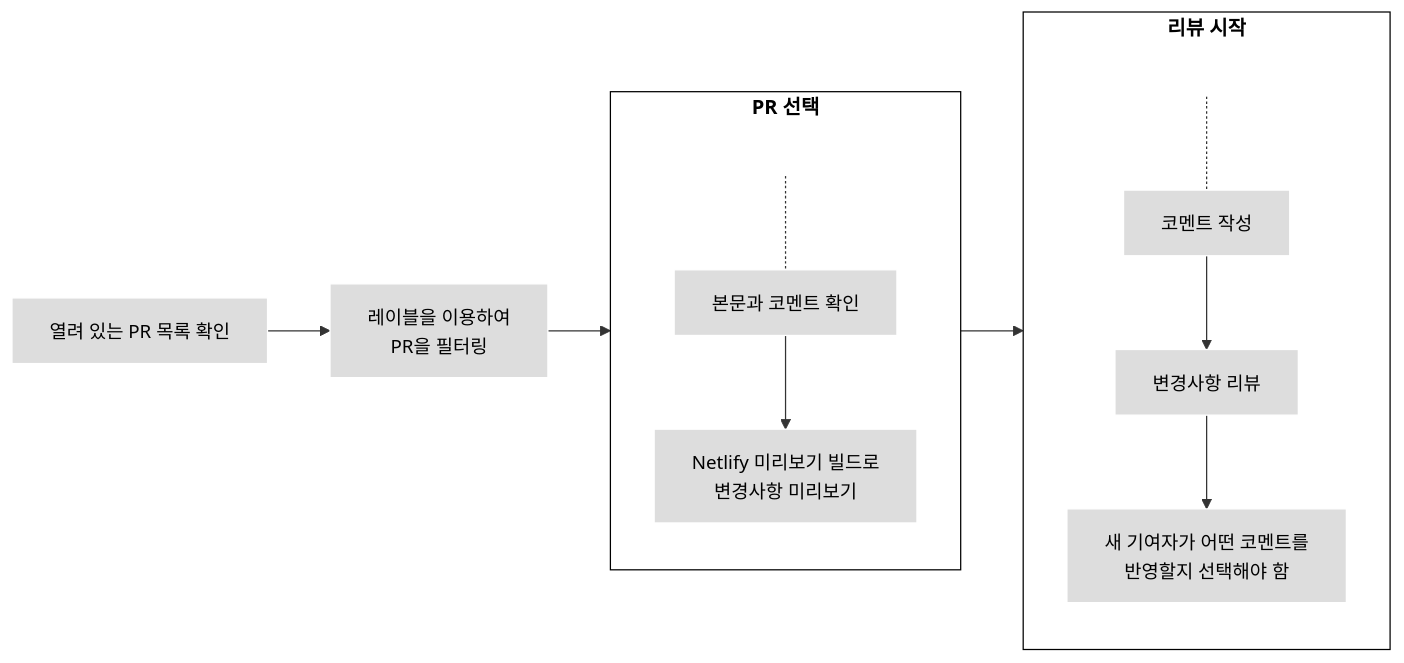
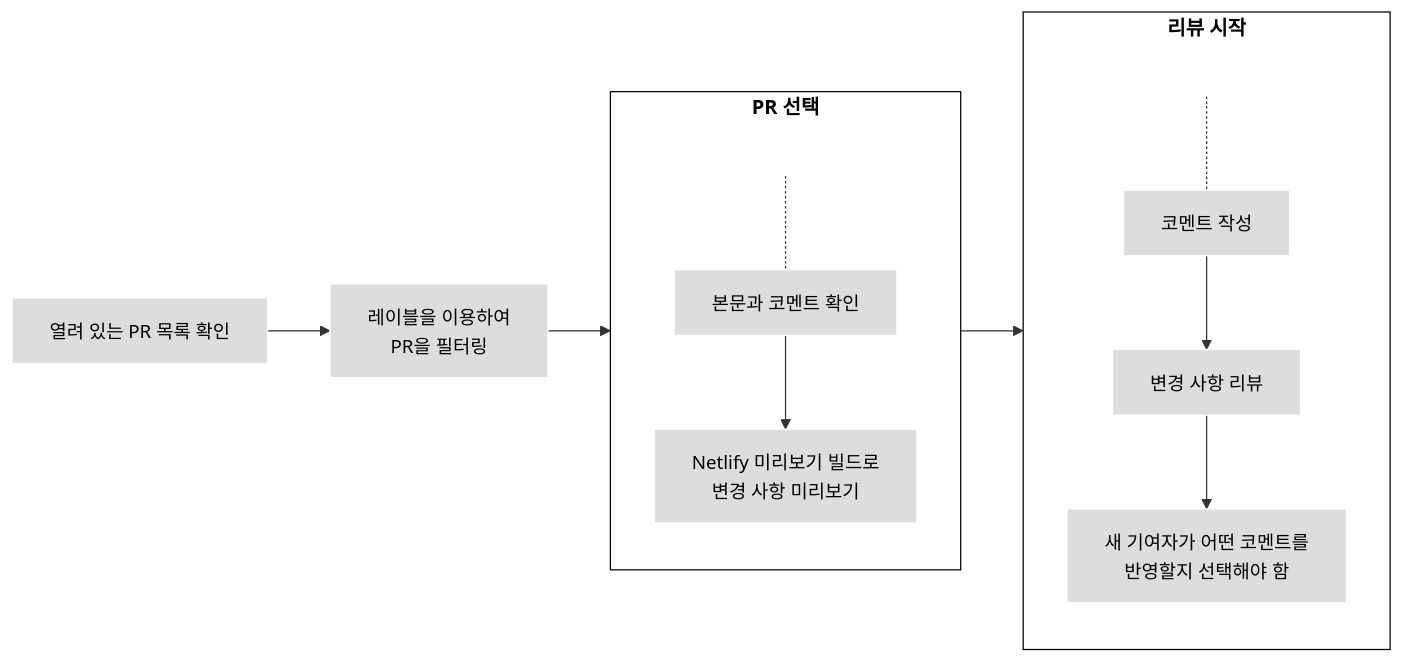
The diagram in content/ko/docs/contribute/review/reviewing-prs.md (kubernetes/website), drawn with Mermaid before and after one commit. The commit also changed other lines of this file, not shown here.

```diff
--- a/content/ko/docs/contribute/review/reviewing-prs.md
+++ b/content/ko/docs/contribute/review/reviewing-prs.md
@@ -46,25 +46,25 @@
 {{< mermaid >}}
 flowchart LR
     subgraph fourth[리뷰 시작]
     direction TB
     S[ ] -.-
-    M[코멘트 작성] --> N[변경사항 리뷰]
+    M[코멘트 작성] --> N[변경 사항 리뷰]
     N --> O[새 기여자가 어떤 코멘트를<br>반영할지 선택해야 함]
     end
     subgraph third[PR 선택]
     direction TB
     T[ ] -.-
-    J[본문과 코멘트 확인]--> K[Netlify 미리보기 빌드로<br>변경사항 미리보기]
+    J[본문과 코멘트 확인]--> K[Netlify 미리보기 빌드로<br>변경 사항 미리보기]
     end
 
   A[열려 있는 PR 목록 확인]--> B[레이블을 이용하여<br>PR을 필터링]
   B --> third --> fourth
 
 
 classDef grey fill:#dddddd,stroke:#ffffff,stroke-width:px,color:#000000, font-size:15px;
 classDef white fill:#ffffff,stroke:#000,stroke-width:px,color:#000,font-weight:bold
 classDef spacewhite fill:#ffffff,stroke:#fff,stroke-width:0px,color:#000
 class A,B,J,K,M,N,O grey
 class S,T spacewhite
 class third,fourth white
 {{</ mermaid >}}
```
